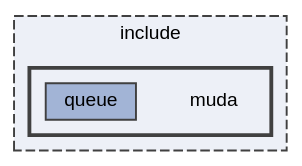
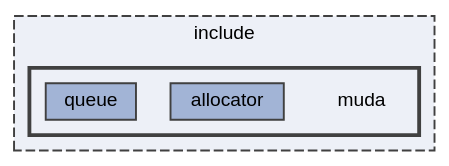
Before and after one commit to segfreak/muda: the diagram in docs/dir_838a2cac579f15425ddced45f924111f_dep.dot, drawn with Graphviz. The commit also changed 122 other files, not shown here.

```diff
--- a/docs/dir_838a2cac579f15425ddced45f924111f_dep.dot
+++ b/docs/dir_838a2cac579f15425ddced45f924111f_dep.dot
@@ -1,16 +1,17 @@
 digraph "include/muda"
 {
  // LATEX_PDF_SIZE
   bgcolor="transparent";
   edge [fontname=Helvetica,fontsize=10,labelfontname=Helvetica,labelfontsize=10];
   node [fontname=Helvetica,fontsize=10,shape=box,height=0.2,width=0.4];
   compound=true
   subgraph clusterdir_d44c64559bbebec7f509842c48db8b23 {
     graph [ bgcolor="#edf0f7", pencolor="grey25", label="include", fontname=Helvetica,fontsize=10 style="filled,dashed", URL="dir_d44c64559bbebec7f509842c48db8b23.html",tooltip=""]
   subgraph clusterdir_838a2cac579f15425ddced45f924111f {
     graph [ bgcolor="#edf0f7", pencolor="grey25", label="", fontname=Helvetica,fontsize=10 style="filled,bold", URL="dir_838a2cac579f15425ddced45f924111f.html",tooltip=""]
     dir_838a2cac579f15425ddced45f924111f [shape=plaintext, label="muda"];
+  dir_02a2cd1d933a37b25c67ed8d63a70b97 [label="allocator", fillcolor="#a2b4d6", color="grey25", style="filled", URL="dir_02a2cd1d933a37b25c67ed8d63a70b97.html",tooltip=""];
   dir_5b72c180519930b826825f58b619fc27 [label="queue", fillcolor="#a2b4d6", color="grey25", style="filled", URL="dir_5b72c180519930b826825f58b619fc27.html",tooltip=""];
   }
   }
 }
```
